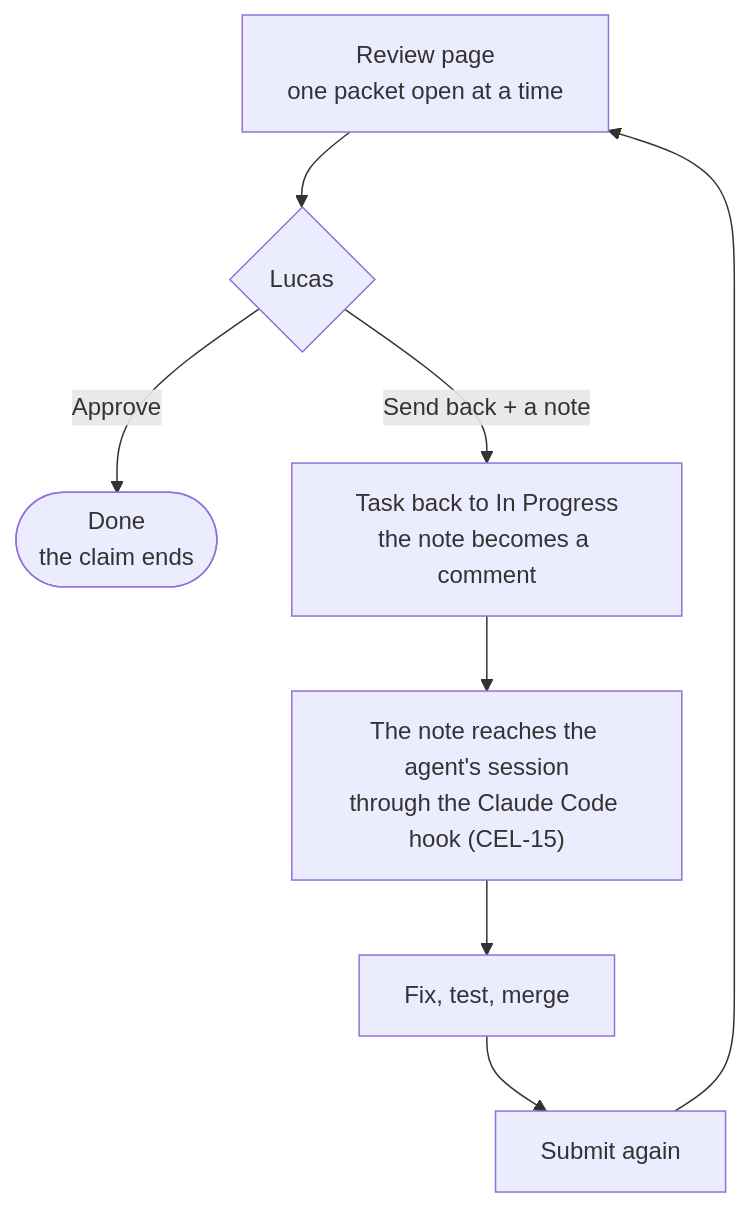
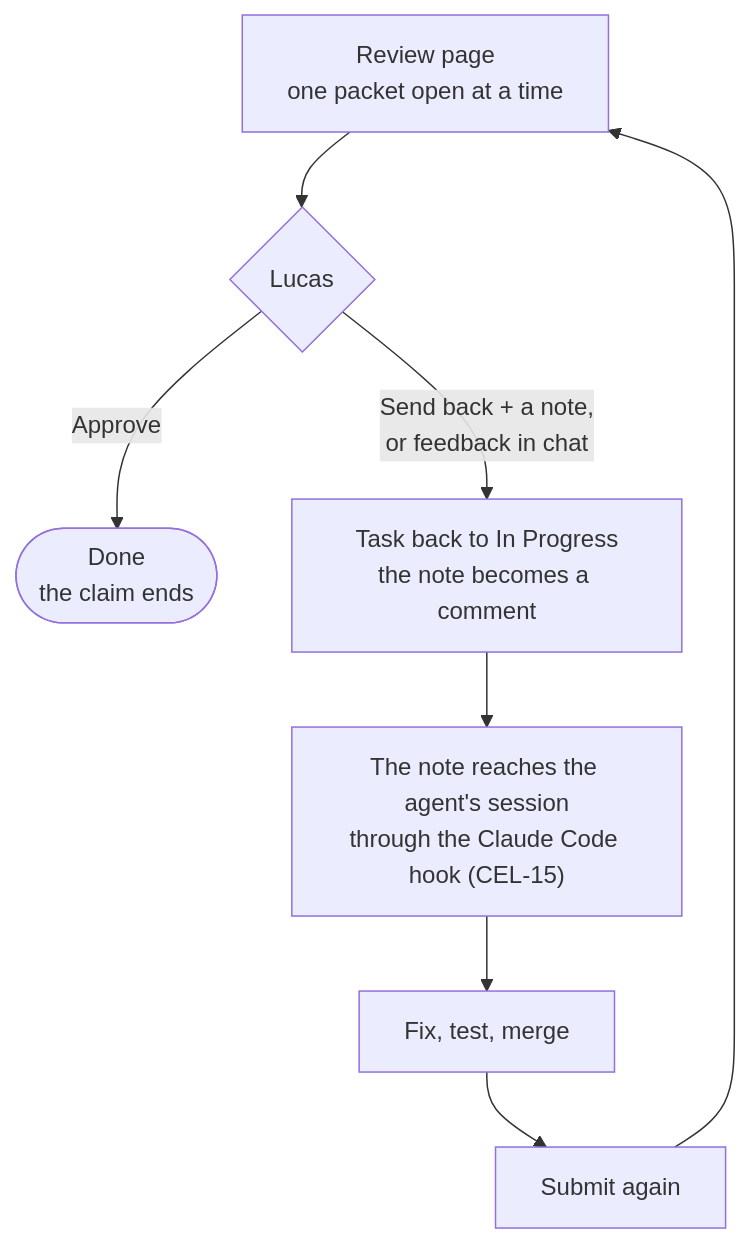
Before and after one commit to lnmunhoz/cello: the fourth of 4 diagrams in docs/feature-lifecycle.md, drawn with Mermaid. The commit also changed other lines of this file and 3 other files, not shown here.

Commit message:
docs(agents): Lucas's feedback in chat is a review: comment it on the card, move the task back to In Progress

````diff
--- a/docs/feature-lifecycle.md
+++ b/docs/feature-lifecycle.md
@@ -136,10 +136,10 @@
 ```mermaid
 flowchart TD
     A["Review page<br/>one packet open at a time"] --> B{"Lucas"}
     B -->|Approve| D(["Done<br/>the claim ends"])
-    B -->|"Send back + a note"| C["Task back to In Progress<br/>the note becomes a comment"]
+    B -->|"Send back + a note,<br/>or feedback in chat"| C["Task back to In Progress<br/>the note becomes a comment"]
     C --> E["The note reaches the agent's session<br/>through the Claude Code hook (CEL-15)"]
     E --> F["Fix, test, merge"]
     F --> G["Submit again"]
     G --> A
 ```
````
